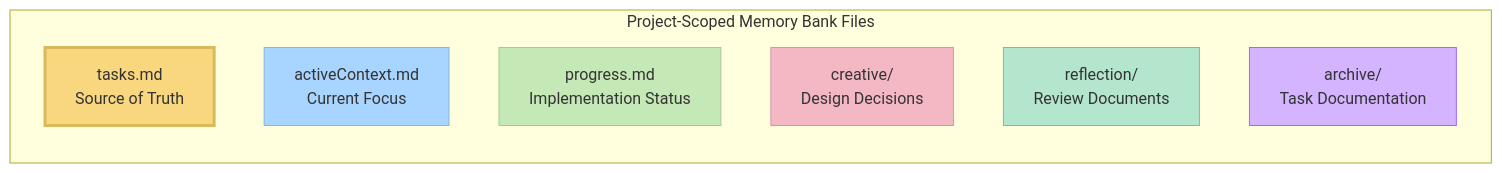
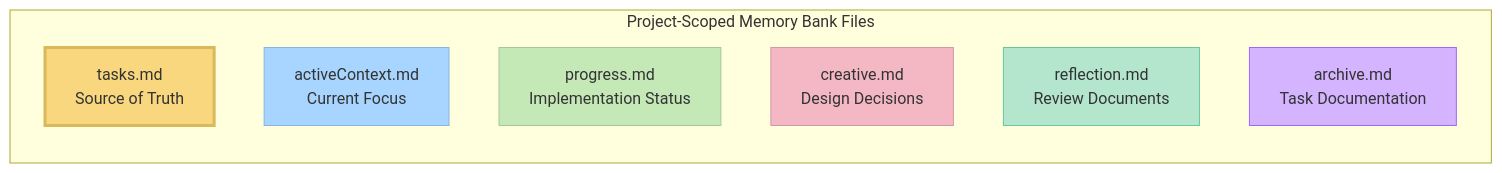
Before and after one commit to jedita/cursor-memory-bank: the fourth of 4 diagrams in README.md, drawn with Mermaid. The commit also changed other lines of this file and 16 other files, not shown here.

````diff
--- a/README.md
+++ b/README.md
@@ -283,18 +283,18 @@
 ```mermaid
 graph LR
     subgraph "Project-Scoped Memory Bank Files"
         Tasks["tasks.md<br>Source of Truth"]
         Active["activeContext.md<br>Current Focus"]
         Progress["progress.md<br>Implementation Status"]
-        Creative["creative/<br>Design Decisions"]
-        Reflect["reflection/<br>Review Documents"]
-        Archive["archive/<br>Task Documentation"]
+        Creative["creative.md<br>Design Decisions"]
+        Reflect["reflection.md<br>Review Documents"]
+        Archive["archive.md<br>Task Documentation"]
     end
     
     style Tasks fill:#f9d77e,stroke:#d9b95c,stroke-width:3px
     style Active fill:#a8d5ff,stroke:#88b5e0
     style Progress fill:#c5e8b7,stroke:#a5c897
     style Creative fill:#f4b8c4,stroke:#d498a4
     style Reflect fill:#b3e6cc,stroke:#66c999
     style Archive fill:#d4b3ff,stroke:#a066ff
 ```
````
